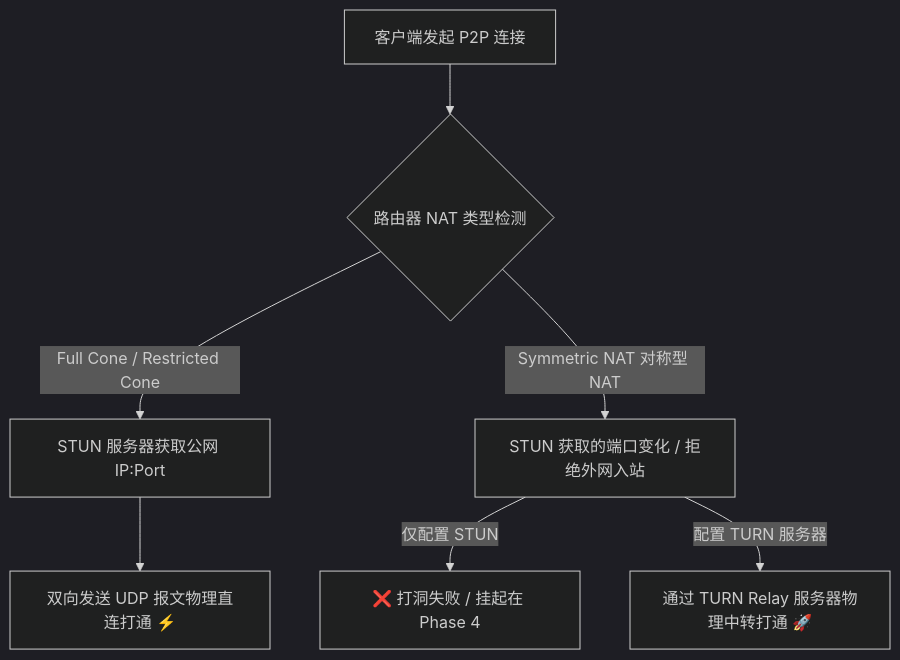
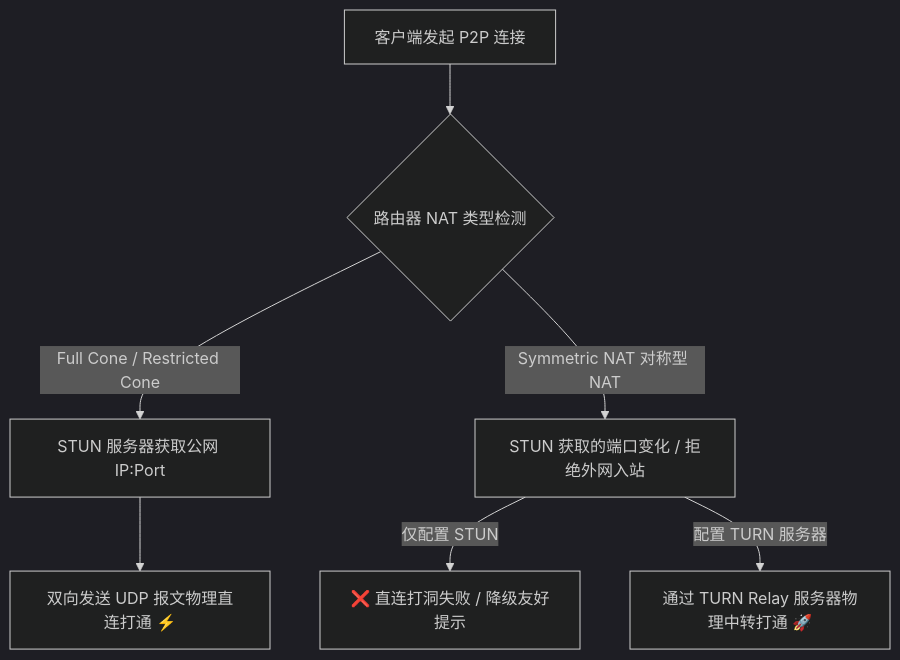
Before and after one commit to forpersuit/eqrcp: the diagram in docs/pro/turn-stun-guide.md, drawn with Mermaid (dark theme). The commit also changed other lines of this file and 1 other file, not shown here.

````diff
--- a/docs/pro/turn-stun-guide.md
+++ b/docs/pro/turn-stun-guide.md
@@ -11,9 +11,9 @@
 ```mermaid
 graph TD
     A[客户端发起 P2P 连接] --> B{路由器 NAT 类型检测}
     B -->|Full Cone / Restricted Cone| C[STUN 服务器获取公网 IP:Port]
     C --> D[双向发送 UDP 报文物理直连打通 ⚡]
     B -->|Symmetric NAT 对称型 NAT| E[STUN 获取的端口变化 / 拒绝外网入站]
-    E -->|仅配置 STUN| F[❌ 打洞失败 / 挂起在 Phase 4]
+    E -->|仅配置 STUN| F[❌ 直连打洞失败 / 降级友好提示]
     E -->|配置 TURN 服务器| G[通过 TURN Relay 服务器物理中转打通 🚀]
 ```
````
